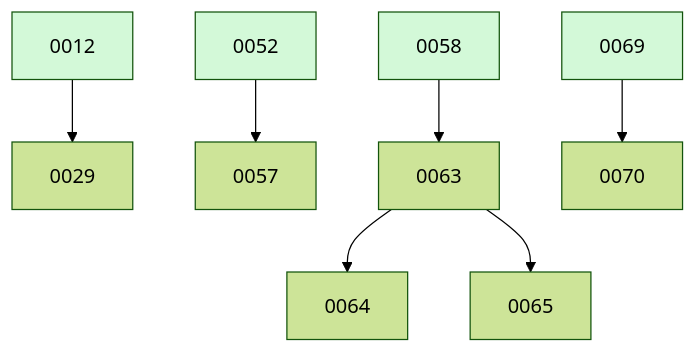
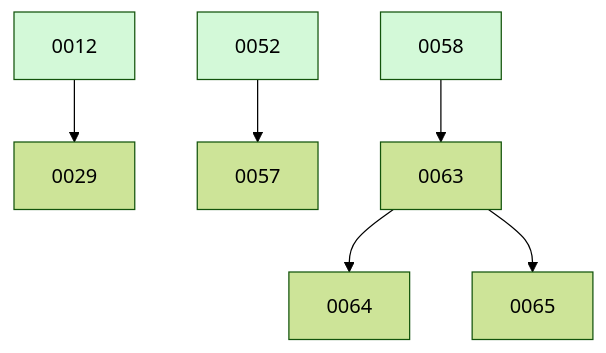
The diagram in docs/changes/BOARD.md (ethanhinson/fuse), drawn with Mermaid (forest theme) before and after one commit. The commit also changed other lines of this file, not shown here.

````diff
--- a/docs/changes/BOARD.md
+++ b/docs/changes/BOARD.md
@@ -26,14 +20,12 @@
 ```mermaid
 graph TD
   0012 --> 0029
   0052 --> 0057
   0058 --> 0063
   0063 --> 0064
   0063 --> 0065
-  0069 --> 0070
   0012:::done
   0052:::done
   0058:::done
-  0069:::done
   classDef done fill:#d3f9d8;
 ```
````
